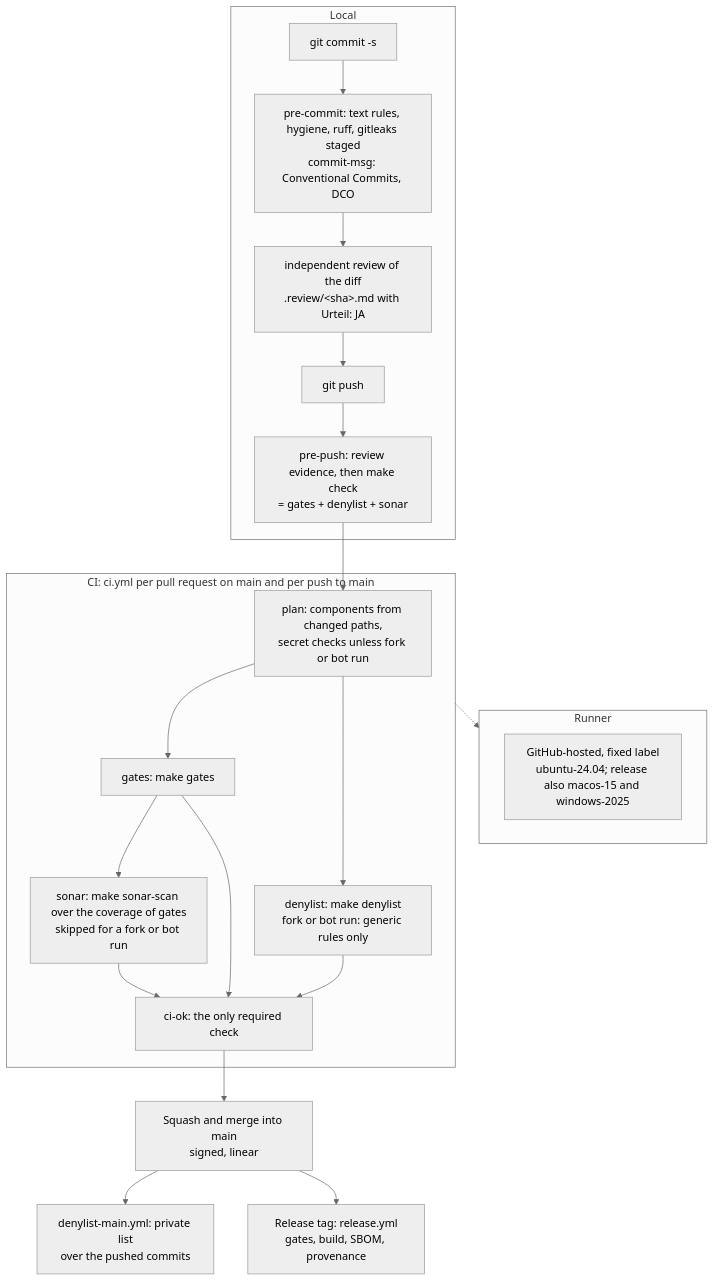
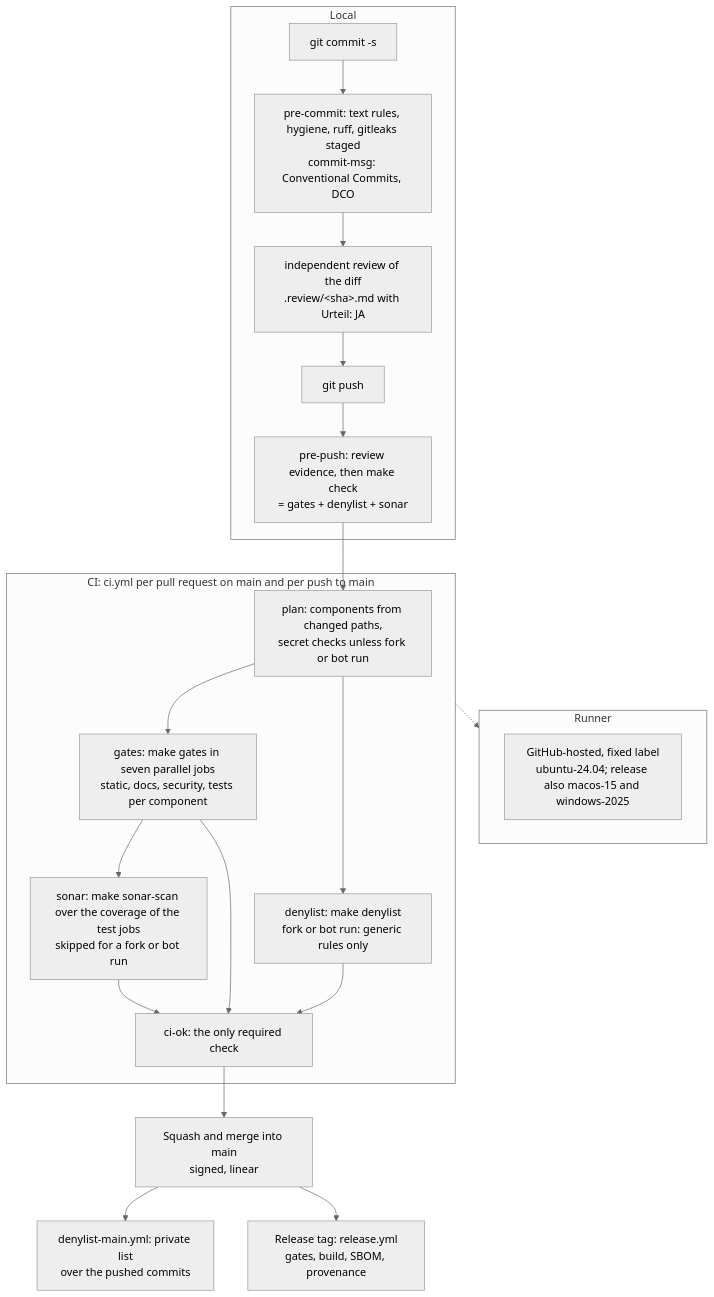
One commit to mguttmann/bothy changed the diagram in docs/quality/pipeline.mmd. Above: the diagram before and after it, drawn with Mermaid (neutral theme). The commit also changed 11 other files, not shown here.

First line of the commit message:
ci: run the gates of a pull request in parallel jobs

```diff
--- a/docs/quality/pipeline.mmd
+++ b/docs/quality/pipeline.mmd
@@ -1,23 +1,23 @@
 flowchart TB
   subgraph local["Local"]
     commit["git commit -s"] --> hooks["pre-commit: text rules, hygiene, ruff, gitleaks staged<br/>commit-msg: Conventional Commits, DCO"]
     hooks --> review
     review["independent review of the diff<br/>.review/&lt;sha&gt;.md with Urteil: JA"] --> push["git push"]
     push --> check["pre-push: review evidence, then make check<br/>= gates + denylist + sonar"]
   end
   subgraph ci["CI: ci.yml per pull request on main and per push to main"]
-    plan["plan: components from changed paths,<br/>secret checks unless fork or bot run"] --> gates["gates: make gates"]
+    plan["plan: components from changed paths,<br/>secret checks unless fork or bot run"] --> gates["gates: make gates in seven parallel jobs<br/>static, docs, security, tests per component"]
     plan --> deny["denylist: make denylist<br/>fork or bot run: generic rules only"]
-    gates --> sonar["sonar: make sonar-scan over the coverage of gates<br/>skipped for a fork or bot run"]
+    gates --> sonar["sonar: make sonar-scan over the coverage of the test jobs<br/>skipped for a fork or bot run"]
     gates --> ok["ci-ok: the only required check"]
     deny --> ok
     sonar --> ok
   end
   subgraph runner["Runner"]
     hosted["GitHub-hosted, fixed label<br/>ubuntu-24.04; release also macos-15 and windows-2025"]
   end
   check --> plan
   ci -.-> runner
   ok --> merge["Squash and merge into main<br/>signed, linear"]
   merge --> denymain["denylist-main.yml: private list<br/>over the pushed commits"]
   merge --> tag["Release tag: release.yml<br/>gates, build, SBOM, provenance"]
```
